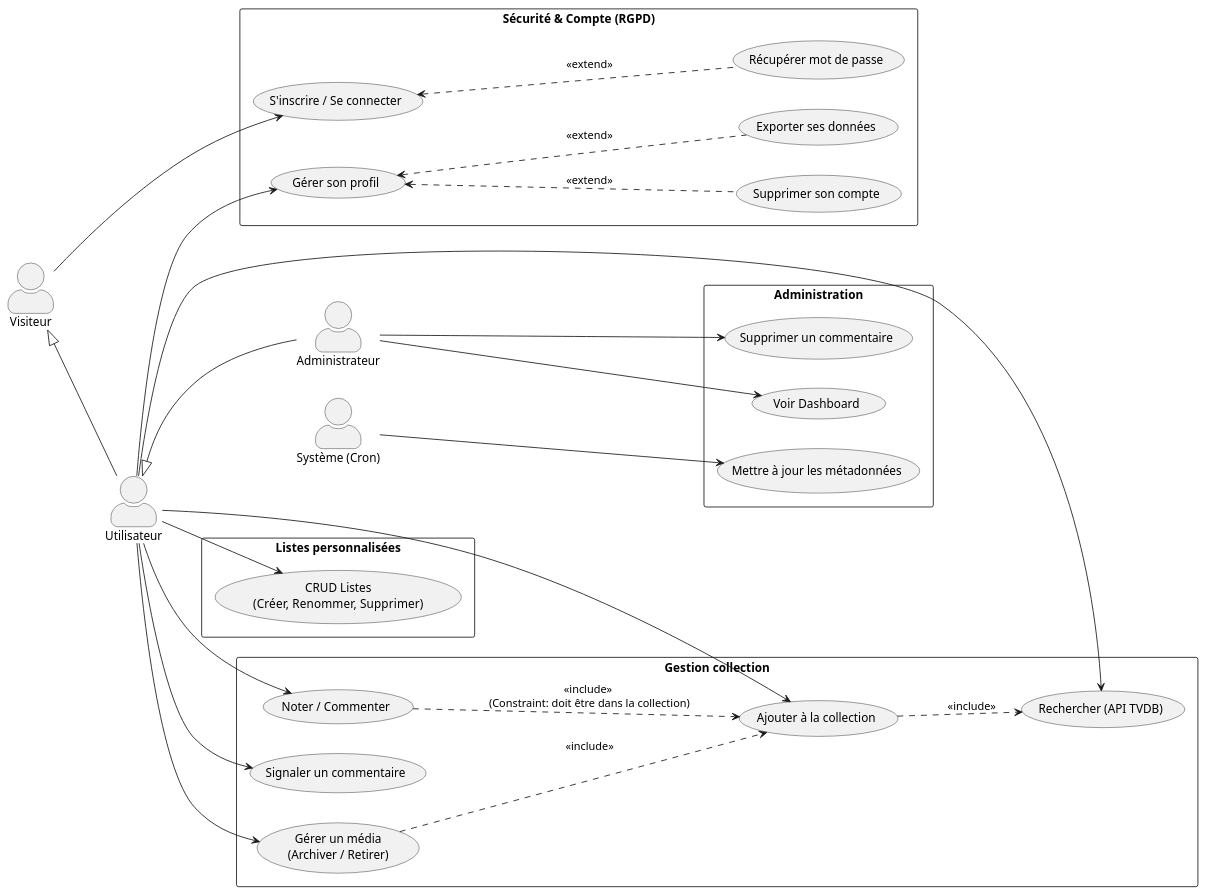
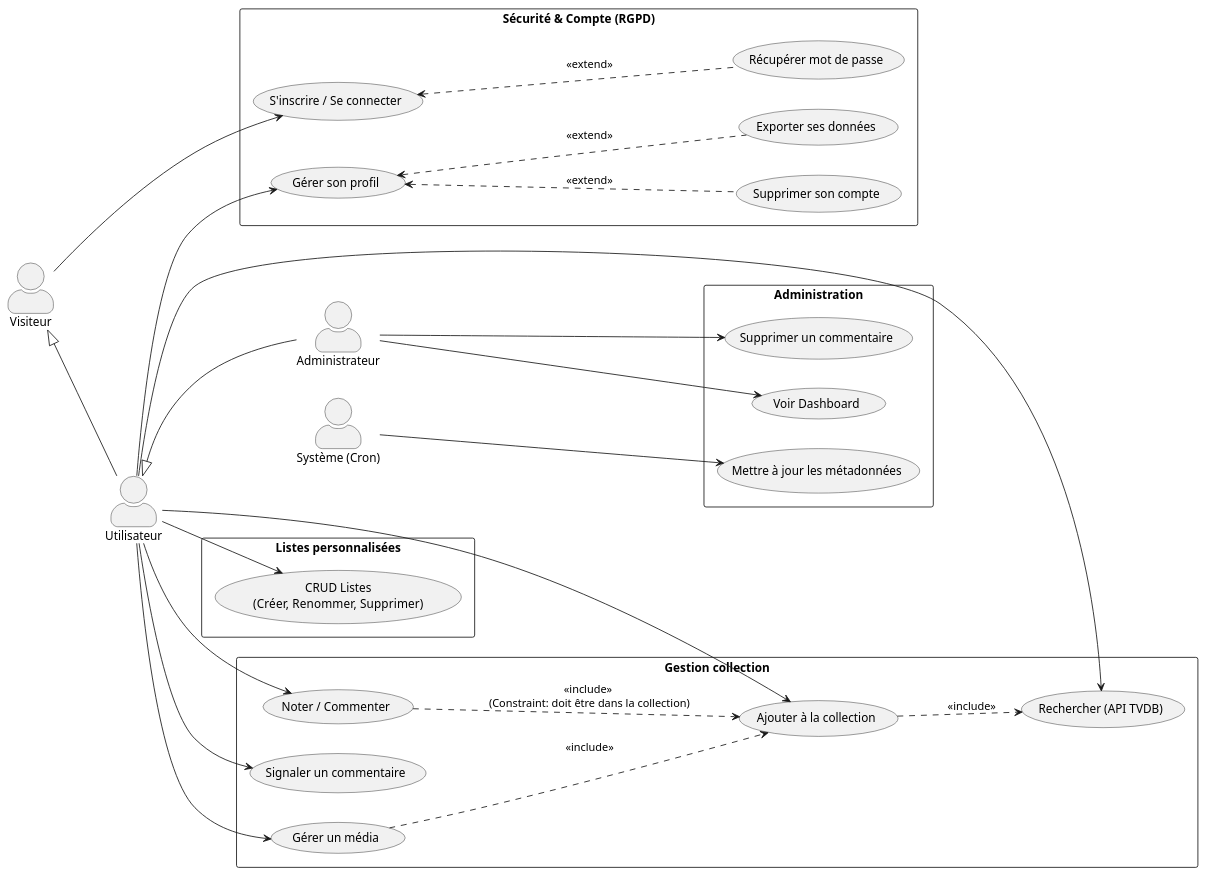
Before and after one commit to LeSurvivant9/interactive-web-application-development: the diagram in documentation/uml/usecase.puml, drawn with PlantUML. The commit also changed 63 other files, not shown here.

Commit message:
feat: add user registration and login mutations, enhance GraphQL schema, and implement theme toggle component

```diff
--- a/documentation/uml/usecase.puml
+++ b/documentation/uml/usecase.puml
@@ -1,70 +1,70 @@
 @startuml
 left to right direction
 skinparam packageStyle rectangle
 skinparam actorStyle awesome
 
 actor "Visiteur" as Guest
 actor "Utilisateur" as User
 actor "Administrateur" as Admin
 actor "Système (Cron)" as Cron
 
 ' Héritage : Un Admin est un User, un User est un Visiteur (authentifié)
 Guest <|-- User
 User <|-- Admin
 
 package "Sécurité & Compte (RGPD)" {
     usecase "S'inscrire / Se connecter" as UC_Auth
     usecase "Récupérer mot de passe" as UC_ForgotPwd
     usecase "Gérer son profil" as UC_Profile
     usecase "Supprimer son compte" as UC_DeleteAcc
     usecase "Exporter ses données" as UC_Export
 
     ' Extensions du profil
     UC_Profile <.. UC_DeleteAcc : <<extend>>
     UC_Profile <.. UC_Export : <<extend>>
     UC_Auth <.. UC_ForgotPwd : <<extend>>
 }
 
 package "Gestion collection" {
     usecase "Rechercher (API TVDB)" as UC_Search
     usecase "Ajouter à la collection" as UC_Add
-    usecase "Gérer un média\n(Archiver / Retirer)" as UC_ManageMedia
+    usecase "Gérer un média" as UC_ManageMedia
     usecase "Noter / Commenter" as UC_Rate
     usecase "Signaler un commentaire" as UC_Report
 
     ' Règles métier
     UC_Add ..> UC_Search : <<include>>
     UC_Rate ..> UC_Add : <<include>> \n(Constraint: doit être dans la collection)
     UC_ManageMedia ..> UC_Add : <<include>>
 }
 
 package "Listes personnalisées" {
     usecase "CRUD Listes\n(Créer, Renommer, Supprimer)" as UC_Lists
 }
 
 package "Administration" {
     usecase "Supprimer un commentaire" as UC_Mod
     usecase "Voir Dashboard" as UC_Dash
     usecase "Mettre à jour les métadonnées" as UC_Sync
 }
 
 ' Relations Visiteur
 Guest --> UC_Auth
 
 ' Relations User
 User --> UC_Profile
 User --> UC_Search
 User --> UC_Add
 User --> UC_ManageMedia
 User --> UC_Rate
 User --> UC_Report
 User --> UC_Lists
 
 ' Relations Admin
 Admin --> UC_Mod
 Admin --> UC_Dash
 
 ' Relation Système
 Cron --> UC_Sync
 
 @enduml
```
